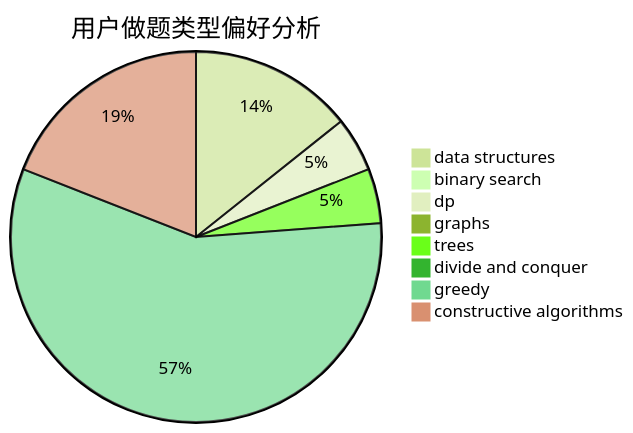
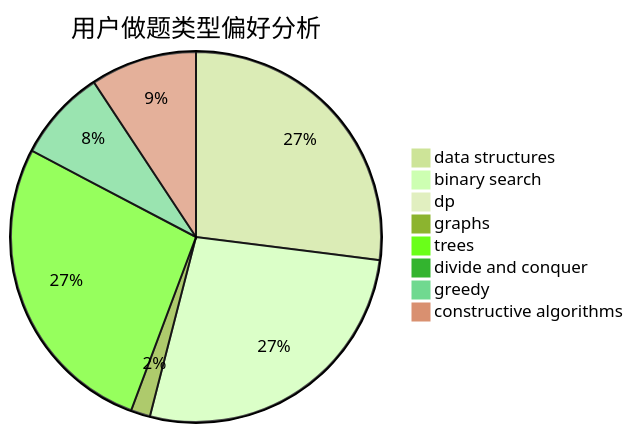
One commit to sherpahu/cfrs.github.io changed the second of 3 diagrams in docs/user/u640.md. Above: the diagram before and after it, drawn with Mermaid (forest theme). The commit also changed other lines of this file and 2770 other files, not shown here.

````diff
--- a/docs/user/u640.md
+++ b/docs/user/u640.md
@@ -23,11 +23,11 @@
 ```mermaid
 pie title 用户做题类型偏好分析
-    "data structures" :  3
-    "binary search" :  0
-    "dp" :  1
-    "graphs" :  0
-    "trees" :  1
+    "data structures" :  64
+    "binary search" :  64
+    "dp" :  0
+    "graphs" :  4
+    "trees" :  64
     "divide and conquer" :  0
-    "greedy" :  12
-    "constructive algorithms" :  4
+    "greedy" :  19
+    "constructive algorithms" :  22
 ```
````
